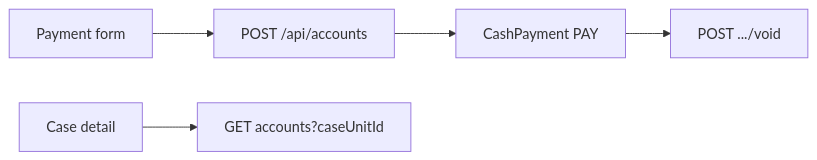
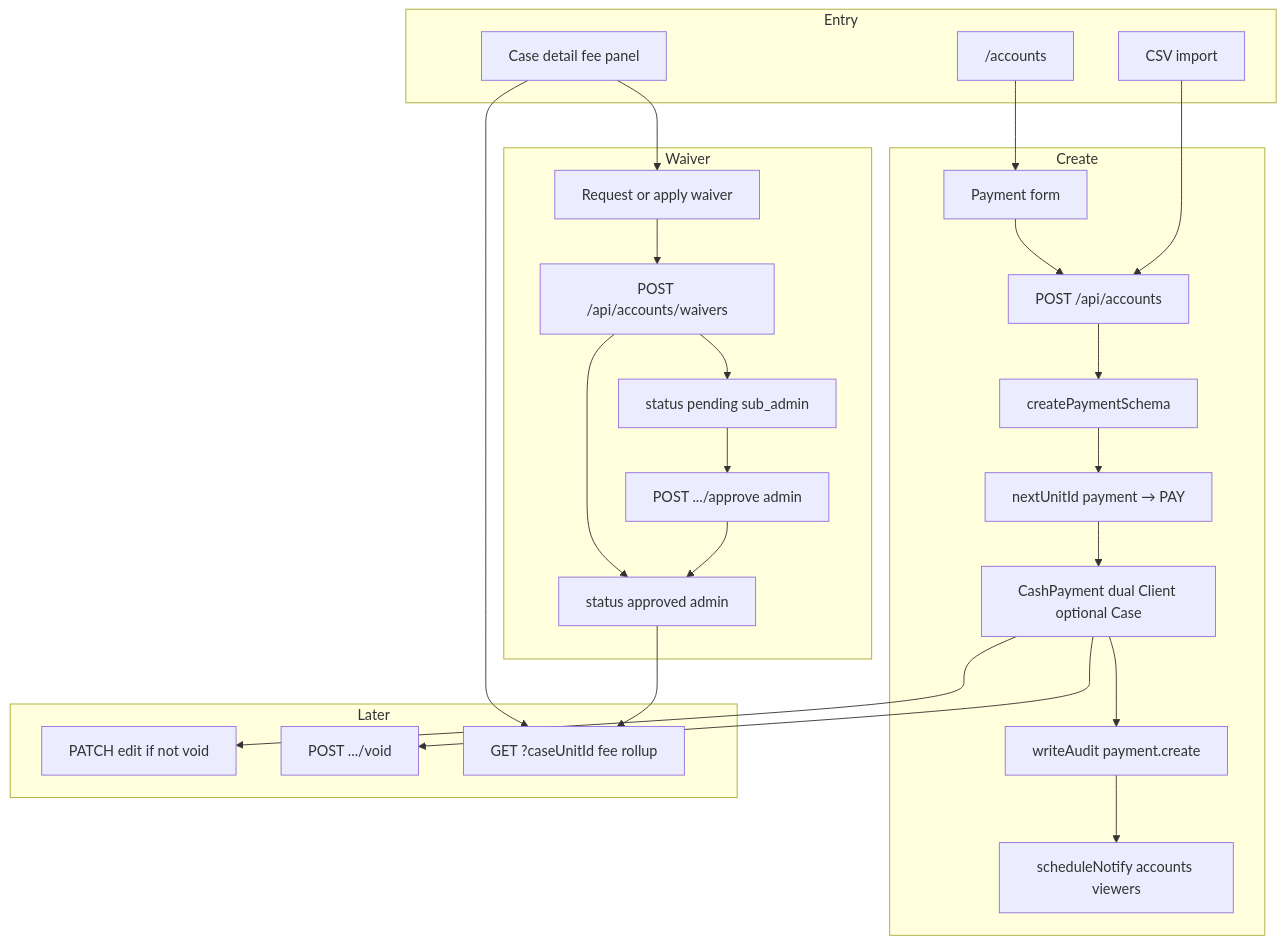
Before and after one commit to psmpasupathi009/mlf: the first of 2 diagrams in docs/mlf flows/accounts_flow.md, drawn with Mermaid. The commit also changed other lines of this file and 52 other files, not shown here.

````diff
--- a/docs/mlf flows/accounts_flow.md
+++ b/docs/mlf flows/accounts_flow.md
@@ -12,7 +16,43 @@
 ```mermaid
-flowchart LR
-  form["Payment form"] --> post["POST /api/accounts"]
-  post --> pay["CashPayment PAY"]
-  pay --> void["POST .../void"]
-  caseDetail["Case detail"] --> rollup["GET accounts?caseUnitId"]
+flowchart TD
+  subgraph entry [Entry]
+    list["/accounts"]
+    caseDetail["Case detail fee panel"]
+    importDlg["CSV import"]
+  end
+
+  subgraph create [Create]
+    form["Payment form"]
+    post["POST /api/accounts"]
+    zod["createPaymentSchema"]
+    id["nextUnitId payment → PAY"]
+    db["CashPayment dual Client optional Case"]
+    audit["writeAudit payment.create"]
+    notify["scheduleNotify accounts viewers"]
+  end
+
+  subgraph waive [Waiver]
+    wvrForm["Request or apply waiver"]
+    wvrPost["POST /api/accounts/waivers"]
+    pending["status pending sub_admin"]
+    approved["status approved admin"]
+    approveApi["POST .../approve admin"]
+  end
+
+  subgraph later [Later]
+    patch["PATCH edit if not void"]
+    voidApi["POST .../void"]
+    rollup["GET ?caseUnitId fee rollup"]
+  end
+
+  list --> form --> post --> zod --> id --> db --> audit --> notify
+  importDlg --> post
+  caseDetail --> rollup
+  caseDetail --> wvrForm --> wvrPost
+  wvrPost --> pending
+  wvrPost --> approved
+  pending --> approveApi --> approved
+  approved --> rollup
+  db --> patch
+  db --> voidApi
 ```
````
